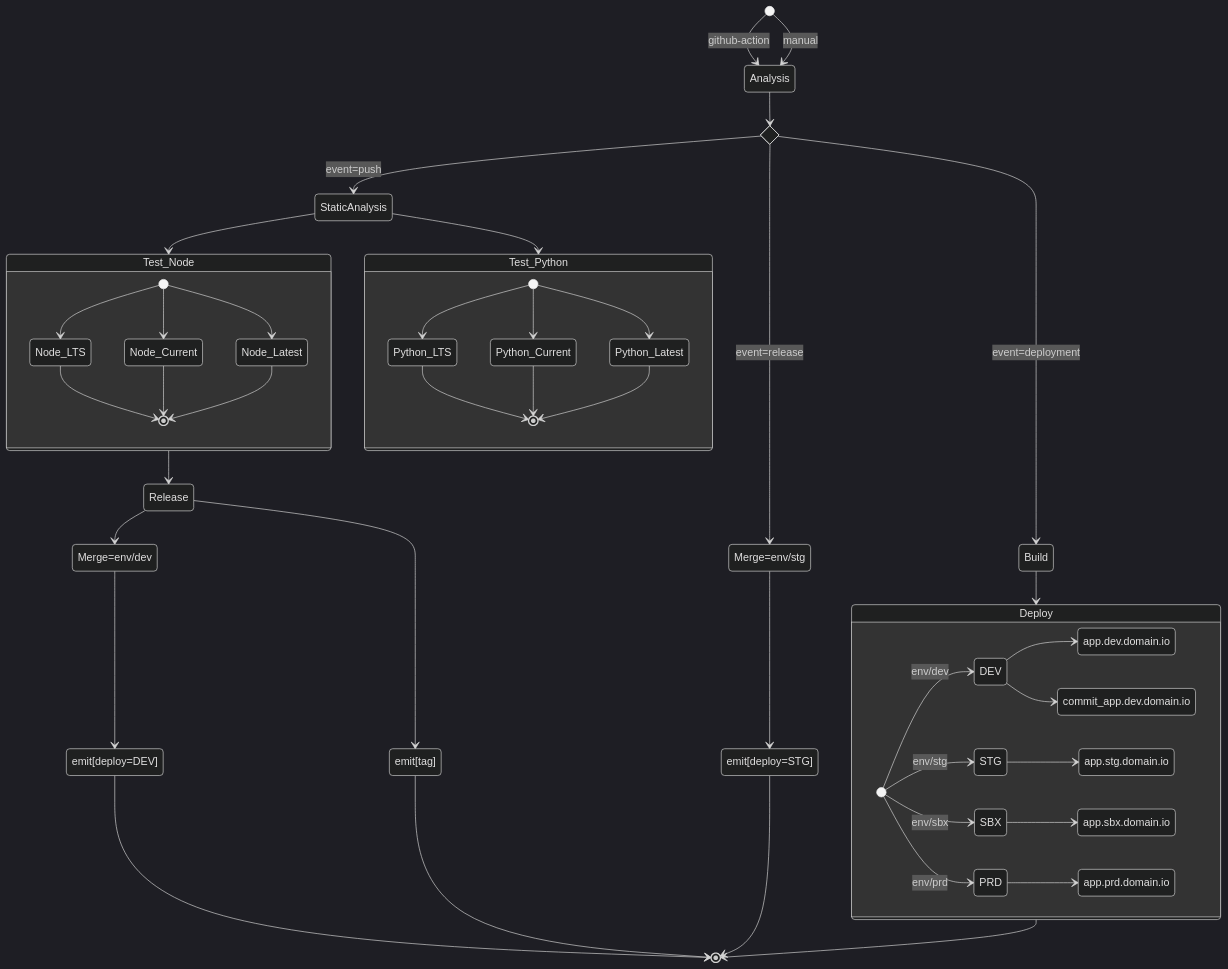
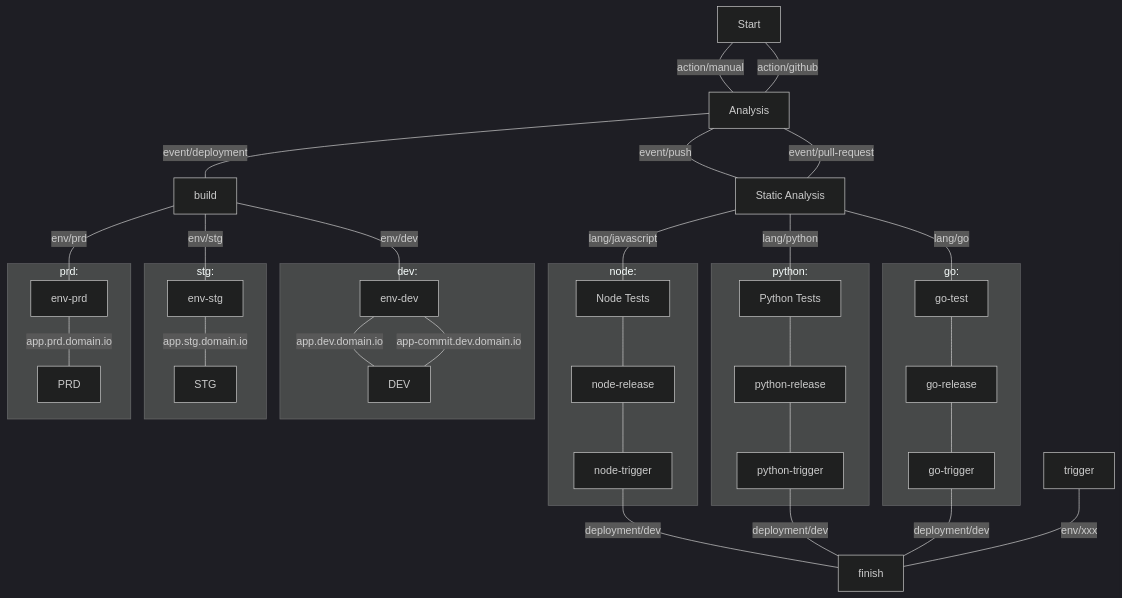
Before and after one commit to filipeforattini/ff-iac-github-actions: the first of 3 diagrams in README.md, drawn with Mermaid (dark theme).

Commit message:
docs: new flowchart

````diff
--- a/README.md
+++ b/README.md
@@ -72,58 +72,56 @@
 ```mermaid
-stateDiagram-v2
-    [*] --> Analysis: github-action
-    [*] --> Analysis: manual
+flowchart
+  start[Start]
+  analysis[Analysis]
+  node-test[Node Tests]
+  python-test[Python Tests]
+  static-analysis[Static Analysis]
+  
+  start --- |action/manual| analysis
+  start --- |action/github| analysis
 
-    state if_event <<choice>>
-    Analysis --> if_event
-    if_event --> Build : event=deployment
-    if_event --> StaticAnalysis: event=push
-    if_event --> Merge=env/stg: event=release
+  analysis --- |event/push| static-analysis
+  static-analysis --- |lang/javascript| node-test
+  static-analysis --- |lang/python| python-test
+  static-analysis --- |lang/go| go-test
+  
+  subgraph node:
+    node-test --- node-release
+    node-release --- node-trigger
+  end
 
-    StaticAnalysis --> Test_Node
-    StaticAnalysis --> Test_Python
+  subgraph python:
+    python-test --- python-release
+    python-release --- python-trigger
+  end
 
-    state Test_Node {
-      [*] --> Node_LTS
-      [*] --> Node_Current
-      [*] --> Node_Latest
-      Node_LTS --> [*]
-      Node_Current --> [*]
-      Node_Latest --> [*]
-    }
+  subgraph go:
+    go-test --- go-release
+    go-release --- go-trigger
+  end
 
-    state Test_Python {
-      [*] --> Python_LTS
-      [*] --> Python_Current
-      [*] --> Python_Latest
-      Python_LTS --> [*]
-      Python_Current --> [*]
-      Python_Latest --> [*]
-    }
-    
-    Test_Node --> Release
-    Release --> Merge=env/dev
-    Release --> emit[tag]
+  node-trigger --- |deployment/dev| finish
+  python-trigger --- |deployment/dev| finish
+  go-trigger --- |deployment/dev| finish
 
-    Merge=env/dev --> emit[deploy=DEV]
-    emit[deploy=DEV] --> [*]
-    emit[tag] --> [*]
+  analysis --- |event/pull-request| static-analysis
+  trigger --- |env/xxx| finish
 
-    Merge=env/stg --> emit[deploy=STG]
-    emit[deploy=STG] --> [*]
+  analysis --- |event/deployment| build
+  build --- |env/dev| env-dev
+  build --- |env/stg| env-stg
+  build --- |env/prd| env-prd
 
-    Build --> Deploy
-    state Deploy {
-      direction LR
-      [*] --> DEV: env/dev
-      [*] --> STG: env/stg
-      [*] --> SBX: env/sbx
-      [*] --> PRD: env/prd
-      DEV --> app.dev.domain.io
-      DEV --> commit_app.dev.domain.io
-      STG --> app.stg.domain.io
-      SBX --> app.sbx.domain.io
-      PRD --> app.prd.domain.io
-    }
-    Deploy --> [*]
+  subgraph dev:
+    env-dev --- |app.dev.domain.io| DEV
+    env-dev --- |app-commit.dev.domain.io| DEV
+  end
+
+  subgraph stg:
+    env-stg --- |app.stg.domain.io| STG
+  end
+  
+  subgraph prd:
+    env-prd --- |app.prd.domain.io| PRD
+  end
 ```
````
